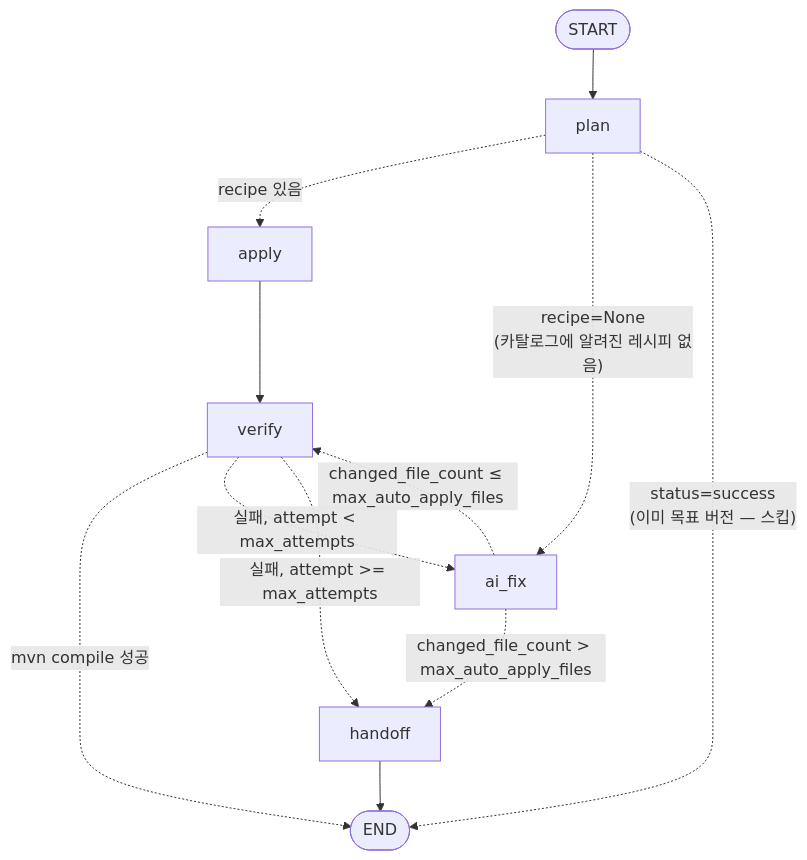
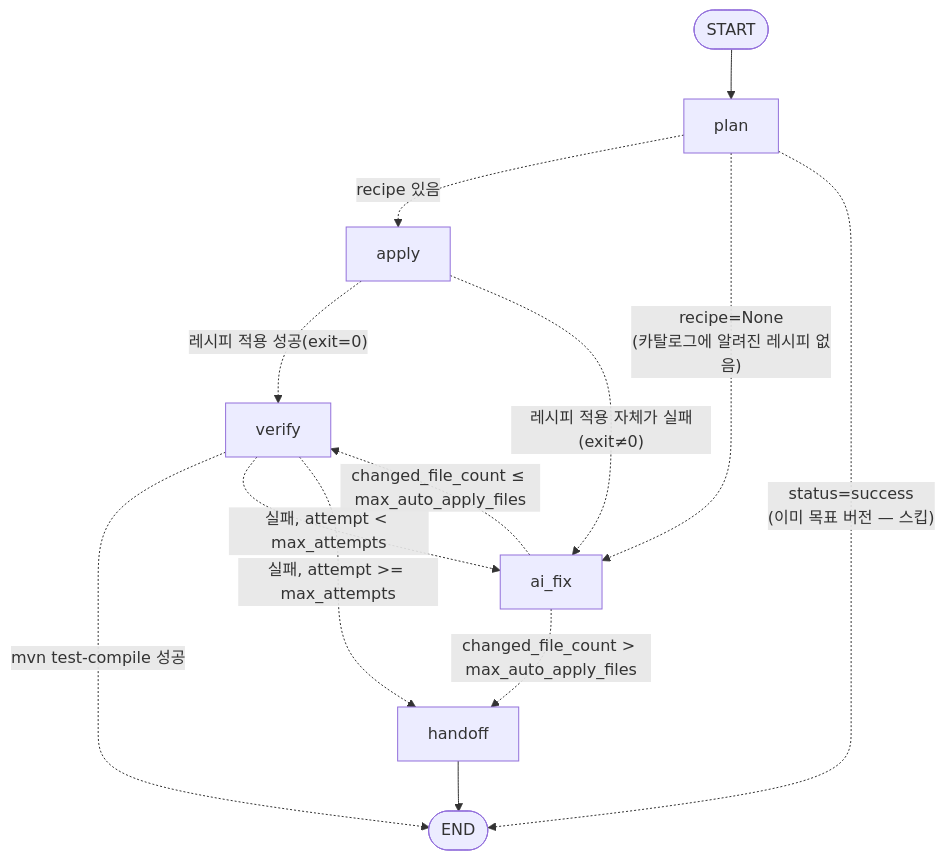
Before and after one commit to jinfromkorea/poc-5th-started-brainstorming: the first of 3 diagrams in docs/langgraph-orchestration.md, drawn with Mermaid. The commit also changed other lines of this file and 8 other files, not shown here.

First line of the commit message:
Stage 1 apply/verify 정합성 강화 구현

````diff
--- a/docs/langgraph-orchestration.md
+++ b/docs/langgraph-orchestration.md
@@ -47,14 +48,15 @@
 ```mermaid
 flowchart TD
     START(["START"]) --> plan["plan"]
     plan -.->|recipe 있음| apply["apply"]
     plan -.->|"recipe=None\n(카탈로그에 알려진 레시피 없음)"| ai_fix["ai_fix"]
     plan -.->|"status=success\n(이미 목표 버전 — 스킵)"| END(["END"])
-    apply --> verify["verify"]
-    verify -.->|mvn compile 성공| END
+    apply -.->|"레시피 적용 성공(exit=0)"| verify["verify"]
+    apply -.->|"레시피 적용 자체가 실패(exit≠0)"| ai_fix
+    verify -.->|mvn test-compile 성공| END
     verify -.->|"실패, attempt < max_attempts"| ai_fix
     verify -.->|"실패, attempt >= max_attempts"| handoff["handoff"]
     ai_fix -.->|changed_file_count ≤ max_auto_apply_files| verify
     ai_fix -.->|changed_file_count > max_auto_apply_files| handoff
     handoff --> END
 ```
````
